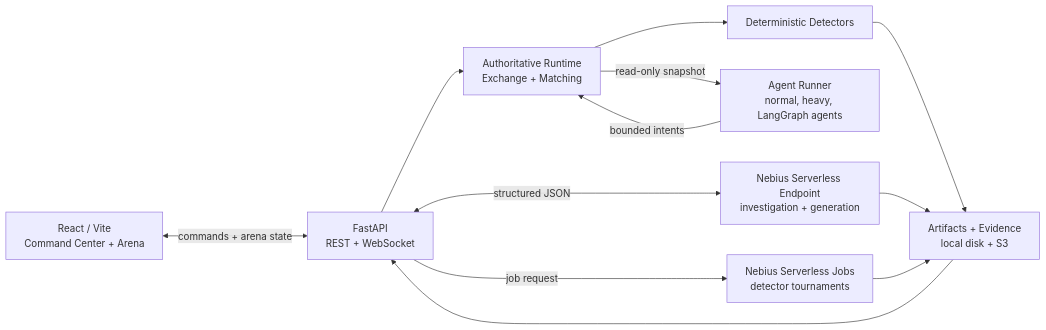
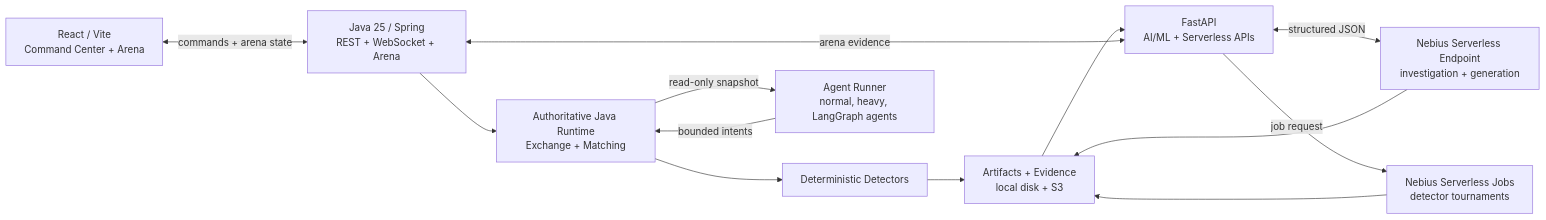
One commit to khab40/aimada changed the diagram in README.md. Above: the diagram before and after it, drawn with Mermaid. The commit also changed other lines of this file and 57 other files, not shown here.

Commit message:
feat: cut over live arena to Java

````diff
--- a/README.md
+++ b/README.md
@@ -51,23 +51,25 @@
 ```mermaid
 flowchart LR
     UI["React / Vite<br/>Command Center + Arena"]
-    API["FastAPI<br/>REST + WebSocket"]
-    Runtime["Authoritative Runtime<br/>Exchange + Matching"]
+    Java["Java 25 / Spring<br/>REST + WebSocket + Arena"]
+    API["FastAPI<br/>AI/ML + Serverless APIs"]
+    Runtime["Authoritative Java Runtime<br/>Exchange + Matching"]
     Detectors["Deterministic Detectors"]
     Runner["Agent Runner<br/>normal, heavy, LangGraph agents"]
     Endpoint["Nebius Serverless Endpoint<br/>investigation + generation"]
     Jobs["Nebius Serverless Jobs<br/>detector tournaments"]
     Store["Artifacts + Evidence<br/>local disk + S3"]
 
-    UI <-->|commands + arena state| API
-    API --> Runtime
+    UI <-->|commands + arena state| Java
+    Java --> Runtime
     Runtime --> Detectors
     Runtime -->|read-only snapshot| Runner
     Runner -->|bounded intents| Runtime
+    API <-->|arena evidence| Java
     API <-->|structured JSON| Endpoint
     API -->|job request| Jobs
     Detectors --> Store
     Endpoint --> Store
     Jobs --> Store
     Store --> API
 ```
````
